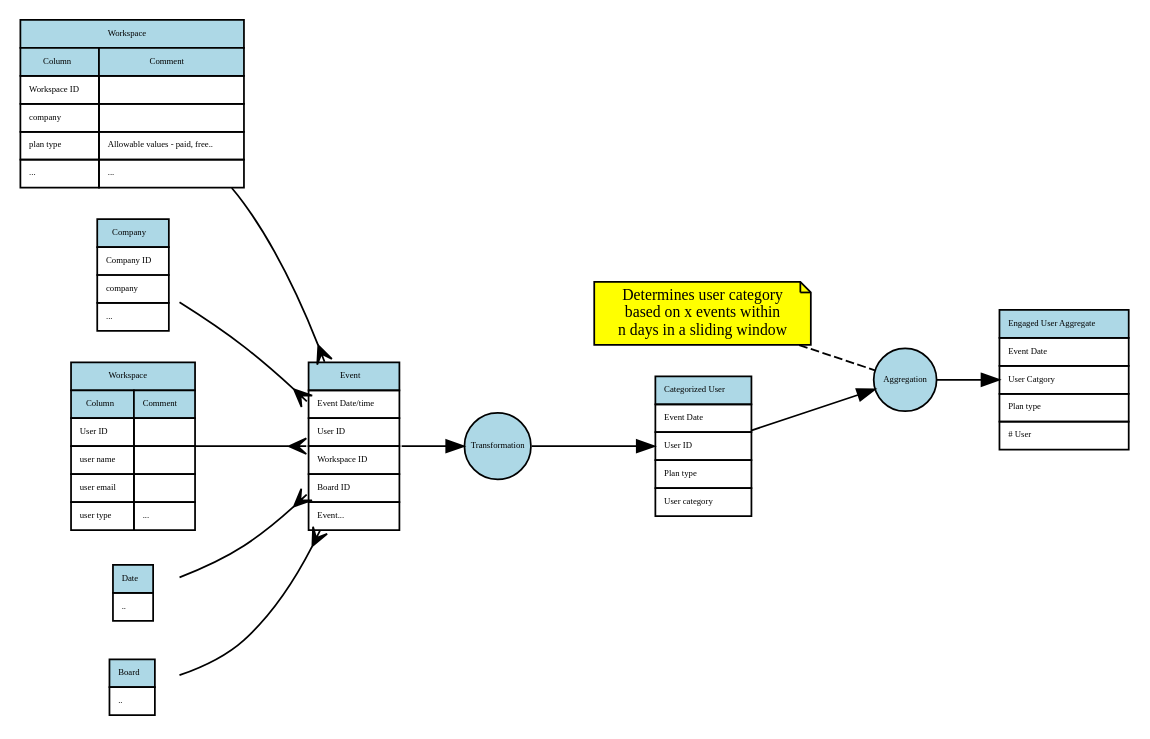
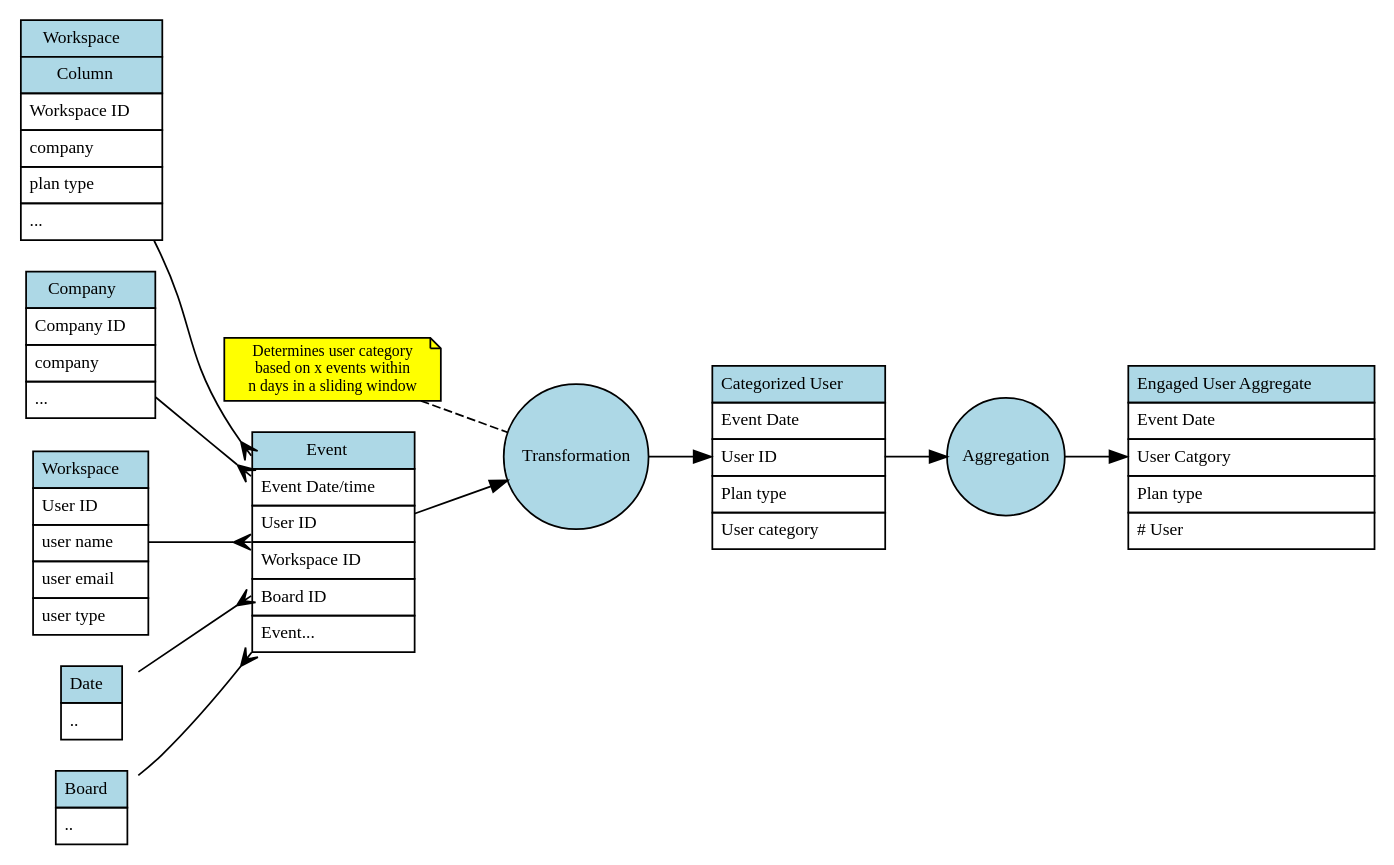
One commit to abhijitbhatt/algorithms changed the diagram in assignment diagram/er_diagram.dot. Above: the diagram before and after it, drawn with Graphviz. The commit also changed 2 other files, not shown here.

```diff
--- a/assignment diagram/er_diagram.dot
+++ b/assignment diagram/er_diagram.dot
@@ -1,112 +1,111 @@
-digraph G {
-    //
+digraph G { 
+    //  
     // Defaults
-    //
-
+    //  
+ 
     // Box for entities
-    node [shape=none, margin=0, fontsize=5]
-
+    node [shape=none, margin=0, fontsize=10]
+ 
     // One-to-many relation (from one, to many)
     edge [arrowhead=crow, arrowtail=none, dir=both]
     rankdir="LR"
-
-    //
+ 
+    //  
     // Entities
-    //
+    //  
     Event [label=<
         <table border="0" cellborder="1" cellspacing="0" cellpadding="4">
             <tr><td bgcolor="lightblue">Event</td></tr>
             <tr><td align="left">Event Date/time</td></tr>
             <tr><td align="left">User ID</td></tr>
             <tr><td align="left">Workspace ID</td></tr>
             <tr><td align="left">Board ID</td></tr>
             <tr><td align="left">Event...</td></tr>
         </table>
     >]
-
+ 
     Workspace [label=<
         <table border="0" cellborder="1" cellspacing="0" cellpadding="4">
-            <tr><td bgcolor="lightblue" colspan="2">Workspace</td></tr>
-            <tr><td bgcolor="lightblue">Column</td><td bgcolor="lightblue">Comment</td></tr>
-            <tr><td align="left">Workspace ID</td><td align="left"></td></tr>
-            <tr><td align="left">company</td><td align="left"></td></tr>
-            <tr><td align="left">plan type</td><td align="left">Allowable values - paid, free..</td></tr>
-            <tr><td align="left">...</td><td align="left">...</td></tr>
+            <tr><td bgcolor="lightblue" colspan="1">Workspace</td></tr>
+            <tr><td bgcolor="lightblue">Column</td></tr>
+            <tr><td align="left">Workspace ID</td></tr>
+            <tr><td align="left">company</td></tr>
+            <tr><td align="left">plan type</td></tr>
+            <tr><td align="left">...</td></tr>
         </table>
-    >]
-
+    >]  
+    
     Company [label=<
         <table border="0" cellborder="1" cellspacing="0" cellpadding="4">
 
             <tr><td bgcolor="lightblue">Company</td></tr>
             <tr><td align="left">Company ID</td></tr>
             <tr><td align="left">company</td></tr>
             <tr><td align="left">...</td></tr>
         </table>
     >]
-
+    
     User [label=<
         <table border="0" cellborder="1" cellspacing="0" cellpadding="4">
-            <tr><td bgcolor="lightblue" colspan="2">Workspace</td></tr>
-            <tr><td bgcolor="lightblue">Column</td><td bgcolor="lightblue">Comment</td></tr>
-            <tr><td align="left">User ID</td><td align="left"></td></tr>
-            <tr><td align="left">user name</td><td align="left"></td></tr>
-            <tr><td align="left">user email</td><td align="left"></td></tr>
-            <tr><td align="left">user type</td><td align="left">...</td></tr>
+            <tr><td bgcolor="lightblue" colspan="1">Workspace</td></tr>
+            <tr><td align="left">User ID</td></tr>
+            <tr><td align="left">user name</td></tr>
+            <tr><td align="left">user email</td></tr>
+            <tr><td align="left">user type</td></tr>
         </table>
     >]
-
+ 
      Date [label=<
         <table border="0" cellborder="1" cellspacing="0" cellpadding="4">
 
             <tr><td bgcolor="lightblue">Date</td></tr>
             <tr><td align="left">..</td></tr>
         </table>
     >]
-
+    
      Board[label=<
         <table border="0" cellborder="1" cellspacing="0" cellpadding="4">
 
             <tr><td bgcolor="lightblue">Board</td></tr>
             <tr><td align="left">..</td></tr>
         </table>
     >]
-
+    
     Transformation[shape="circle" style="filled" fillcolor="lightblue"]
-
+     
     Aggregation[shape="circle" style="filled" fillcolor="lightblue"]
-
+     
     Categorized_User [label=<
         <table border="0" cellborder="1" cellspacing="0" cellpadding="4">
             <tr><td bgcolor="lightblue">Categorized User</td></tr>
             <tr><td align="left">Event Date</td></tr>
             <tr><td align="left">User ID</td></tr>
             <tr><td align="left">Plan type</td></tr>
             <tr><td align="left">User category</td></tr>
         </table>
     >]
-
+     
     Agg_Event [label=<
         <table border="0" cellborder="1" cellspacing="0" cellpadding="4">
             <tr><td bgcolor="lightblue">Engaged User Aggregate</td></tr>
             <tr><td align="left">Event Date</td></tr>
             <tr><td align="left">User Catgory</td></tr>
             <tr><td align="left">Plan type</td></tr>
             <tr><td align="left"># User</td></tr>
         </table>
     >]
-
+    
     Agg_comment [shape="note" fontsize=9fillcolor="yellow" style="filled" label="Determines user category\n based on x events within \nn days in a sliding window\n"]
-    //
+    //  
     // Relationships
-    //
+    //  
     Workspace->Event;
     Company->Event;
     User -> Event;
     Date -> Event;
     Board -> Event;
     Event -> Transformation [arrowhead="normal"];
     Transformation -> Categorized_User [arrowhead="normal"];
     Categorized_User -> Aggregation -> Agg_Event[arrowhead="normal"];
-    Agg_comment -> Aggregation [arrowhead="none" style="dashed"]
+    Agg_comment -> Transformation [arrowhead="none" style="dashed"]
 }
```
